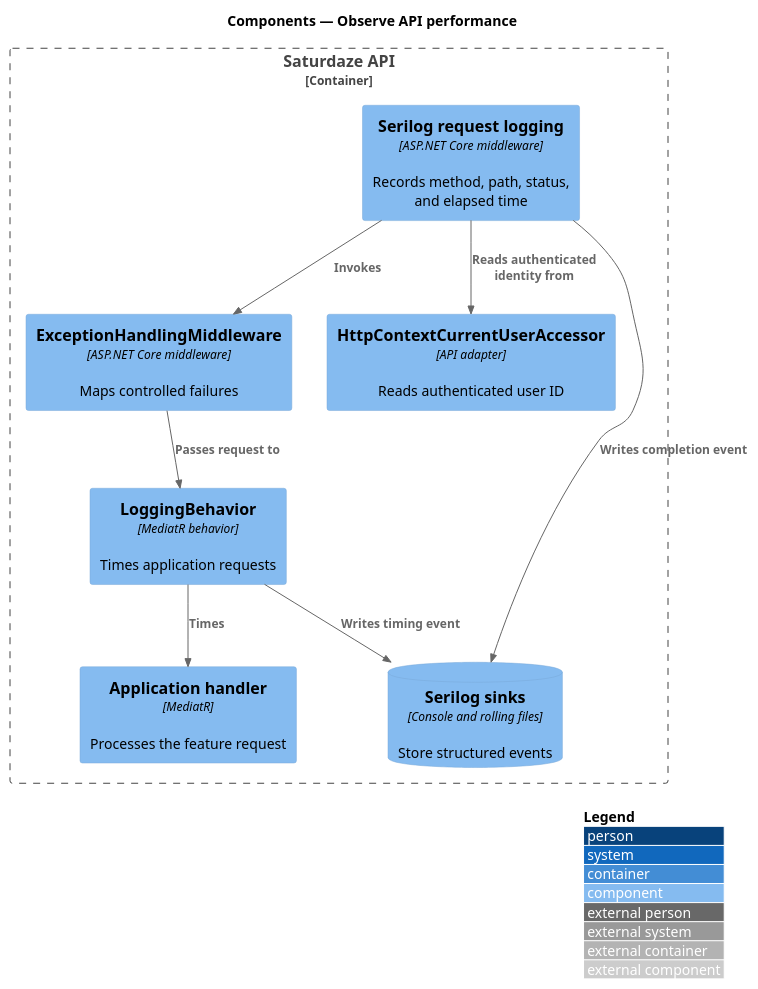
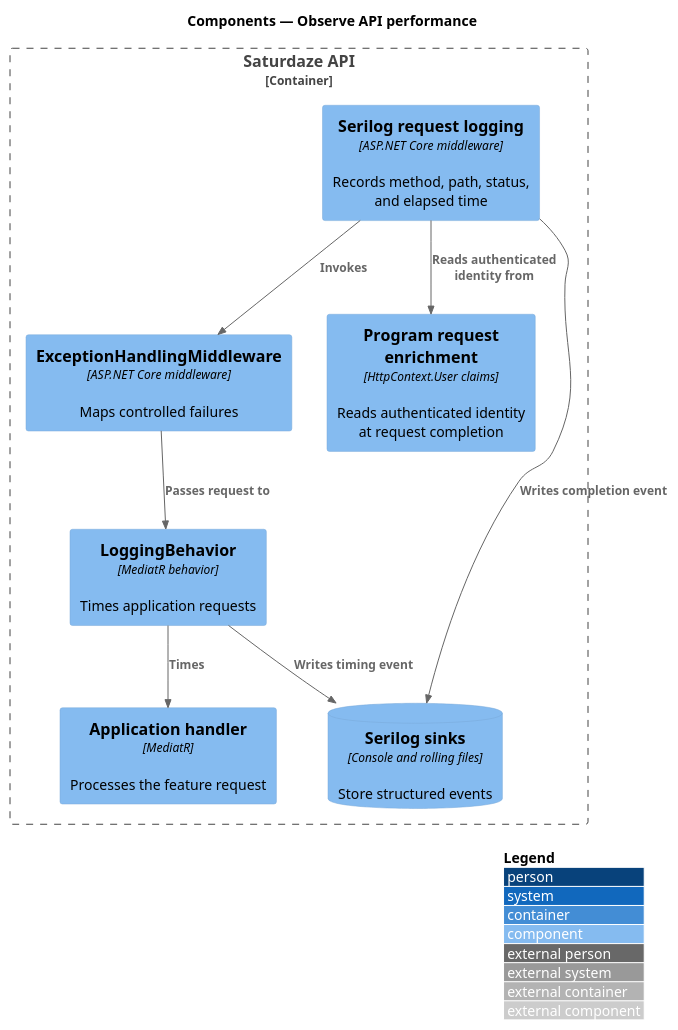
One commit to QuinntyneBrown/saturdaze changed the diagram in docs/detailed-designs/operations/observe-api-performance/diagrams/c4-component.puml. Above: the diagram before and after it, drawn with PlantUML. The commit also changed 208 other files, not shown here.

```diff
--- a/docs/detailed-designs/operations/observe-api-performance/diagrams/c4-component.puml
+++ b/docs/detailed-designs/operations/observe-api-performance/diagrams/c4-component.puml
@@ -1,20 +1,20 @@
 @startuml
 !include <C4/C4_Component>
 LAYOUT_WITH_LEGEND()
 title Components — Observe API performance
 
 Container_Boundary(api, "Saturdaze API") {
   Component(requestlog, "Serilog request logging", "ASP.NET Core middleware", "Records method, path, status, and elapsed time")
   Component(errors, "ExceptionHandlingMiddleware", "ASP.NET Core middleware", "Maps controlled failures")
-  Component(user, "HttpContextCurrentUserAccessor", "API adapter", "Reads authenticated user ID")
+  Component(user, "Program request enrichment", "HttpContext.User claims", "Reads authenticated identity at request completion")
   Component(logging, "LoggingBehavior", "MediatR behavior", "Times application requests")
   Component(handler, "Application handler", "MediatR", "Processes the feature request")
   ComponentDb(logs, "Serilog sinks", "Console and rolling files", "Store structured events")
 }
 Rel(requestlog, errors, "Invokes")
 Rel(errors, logging, "Passes request to")
 Rel(logging, handler, "Times")
 Rel(requestlog, user, "Reads authenticated identity from")
 Rel(requestlog, logs, "Writes completion event")
 Rel(logging, logs, "Writes timing event")
 @enduml
```
